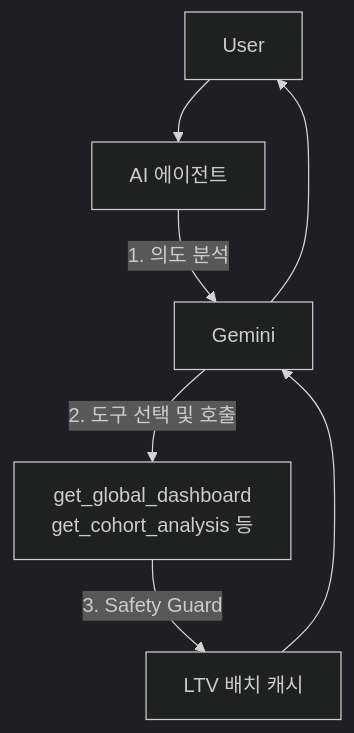
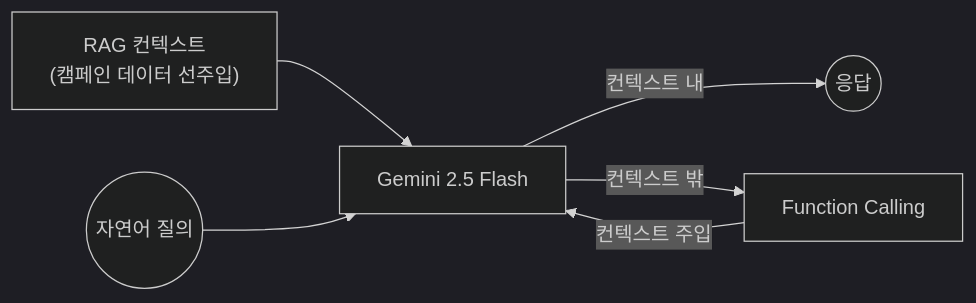
Before and after one commit to NileTheKing/marketing-intelligence-platform: diagram 12 of 18 in docs/PORTFOLIO_MASTER.md, drawn with Mermaid (dark theme). The commit also changed other lines of this file and 1 other file, not shown here.

````diff
--- a/docs/PORTFOLIO_MASTER.md
+++ b/docs/PORTFOLIO_MASTER.md
@@ -298,8 +431,8 @@
 ```mermaid
-flowchart TD
-    User --> Server["AI 에이전트"]
-    Server -->|"1. 의도 분석"| LLM["Gemini"]
-    LLM -->|"2. 도구 선택 및 호출"| Tool["get_global_dashboard<br/>get_cohort_analysis 등"]
-    Tool -->|"3. Safety Guard"| Cache["LTV 배치 캐시"]
-    Cache --> LLM --> User
+flowchart LR
+    CTX["RAG 컨텍스트\n(캠페인 데이터 선주입)"] --> G["Gemini 2.5 Flash"]
+    U(("자연어 질의")) --> G
+    G -->|"컨텍스트 내"| ANS(("응답"))
+    G -->|"컨텍스트 밖"| F["Function Calling"]
+    F -->|"컨텍스트 주입"| G
 ```
````
